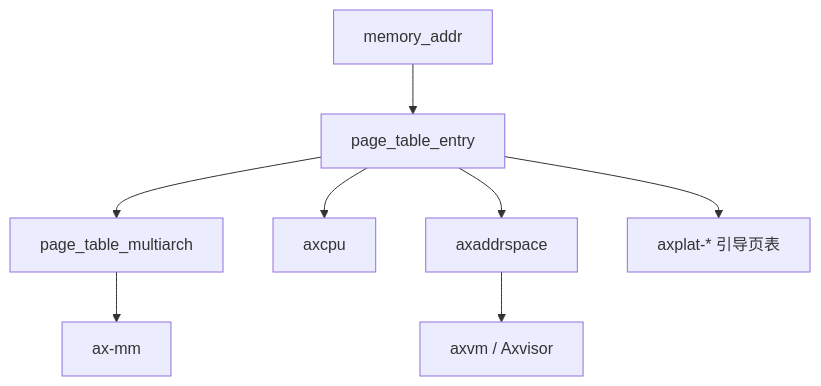
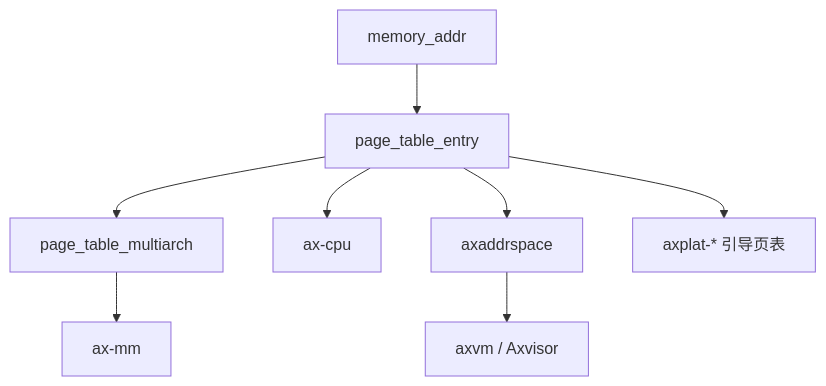
The diagram in docs/crates/page_table_entry.md (zKurisu/tgoskits), drawn with Mermaid before and after one commit. The commit also changed other lines of this file and 106 other files, not shown here.

Commit message:
rename axcpu to ax-cpu

````diff
--- a/docs/crates/page_table_entry.md
+++ b/docs/crates/page_table_entry.md
@@ -184,10 +184,10 @@
 ```mermaid
 graph TD
     A[memory_addr] --> B[page_table_entry]
     B --> C[page_table_multiarch]
-    B --> D[axcpu]
+    B --> D[ax-cpu]
     B --> E[axaddrspace]
     C --> F[ax-mm]
     E --> G[axvm / Axvisor]
     B --> H[axplat-* 引导页表]
 ```
````
